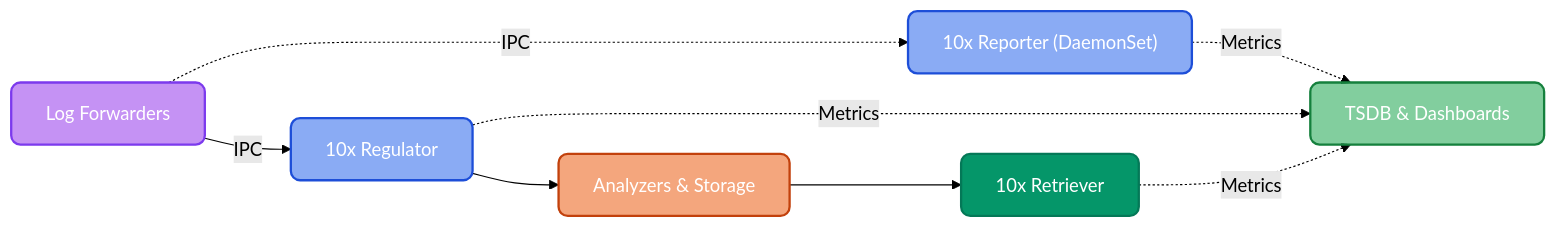
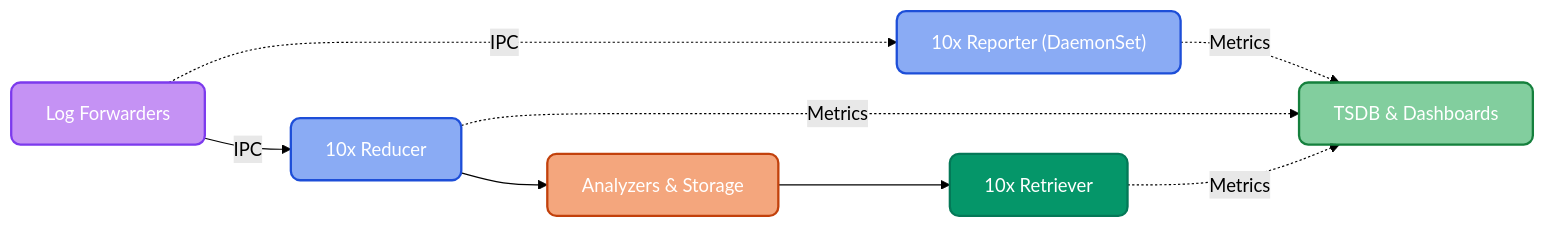
One commit to log-10x/modules changed the diagram in apps/doc.md. Above: the diagram before and after it, drawn with Mermaid (forest theme). The commit also changed other lines of this file and 74 other files, not shown here.

First line of the commit message:
refactor: rename apps/regulator → apps/reducer (#21)

````diff
--- a/apps/doc.md
+++ b/apps/doc.md
@@ -11,23 +11,23 @@
 ```mermaid
 graph LR
-    Forwarders["Log Forwarders"] -->|IPC| Edge["10x Regulator"]
+    Forwarders["Log Forwarders"] -->|IPC| Edge["10x Reducer"]
     Edge --> Analyzers["Analyzers & Storage"]
     Forwarders -.->|IPC| Reporter["10x Reporter (DaemonSet)"]
     Analyzers --> Cloud["10x Retriever"]
     Reporter -.->|Metrics| Console["TSDB & Dashboards"]
     Edge -.->|Metrics| Console
     Cloud -.->|Metrics| Console
 
     classDef forwarders fill:#9333ea88,stroke:#7c3aed,color:#ffffff,stroke-width:2px,rx:8,ry:8
     classDef edge fill:#2563eb88,stroke:#1d4ed8,color:#ffffff,stroke-width:2px,rx:8,ry:8
     classDef analyzers fill:#ea580c88,stroke:#c2410c,color:#ffffff,stroke-width:2px,rx:8,ry:8
     classDef cloud fill:#059669,stroke:#047857,color:#ffffff,stroke-width:2px,rx:8,ry:8
     classDef console fill:#16a34a88,stroke:#15803d,color:#ffffff,stroke-width:2px,rx:8,ry:8
 
     class Forwarders forwarders
     class Edge edge
     class Reporter edge
     class Analyzers analyzers
     class Cloud cloud
     class Console console
 ```
````
